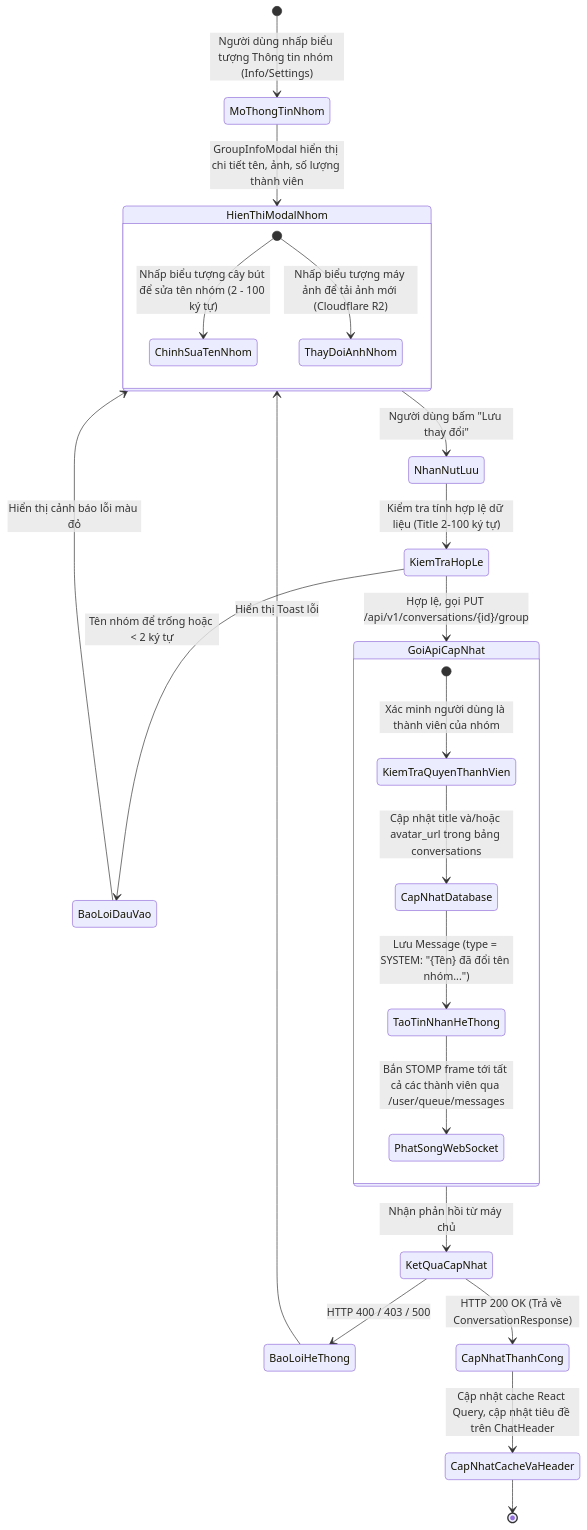
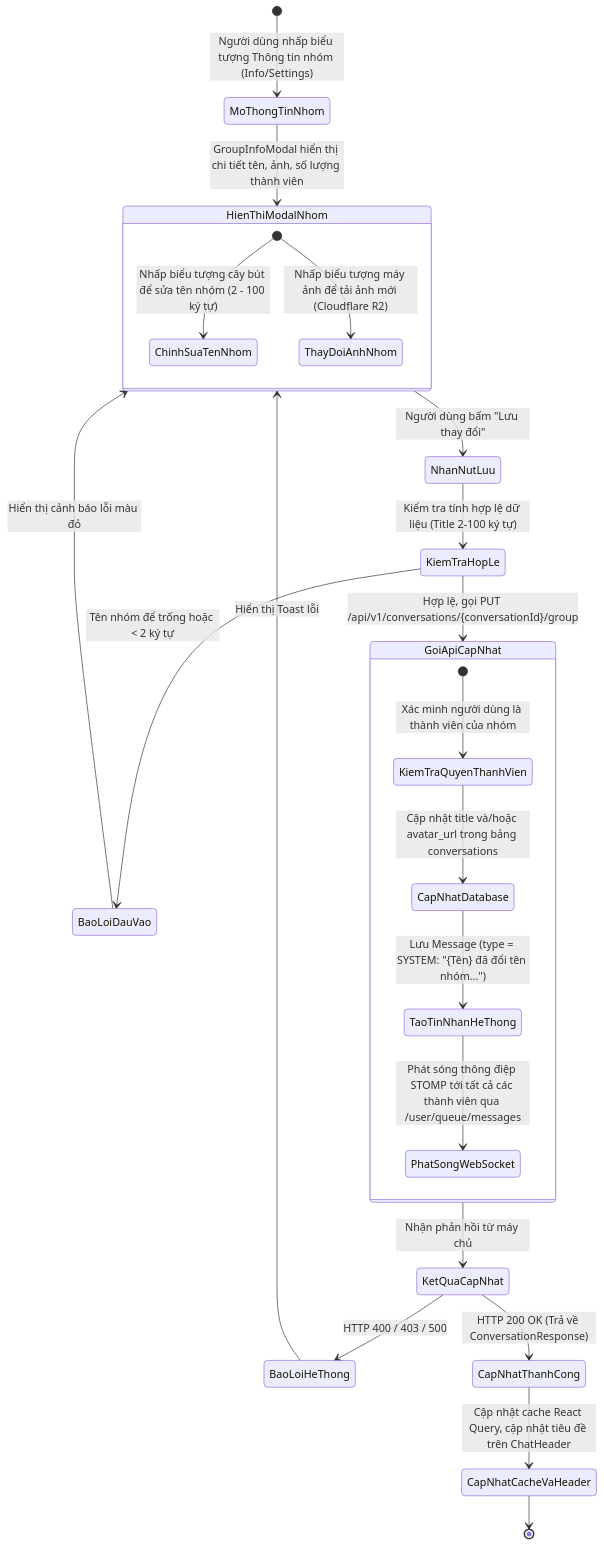
The first of 3 diagrams in docs/update_SRS/SRS_UC_37_UpdateGroupProfile.md (Alumnect/Alumnect), drawn with Mermaid before and after one commit. The commit also changed other lines of this file and 83 other files, not shown here.

````diff
--- a/docs/update_SRS/SRS_UC_37_UpdateGroupProfile.md
+++ b/docs/update_SRS/SRS_UC_37_UpdateGroupProfile.md
@@ -7,37 +7,37 @@
 ```mermaid
 stateDiagram-v2
     [*] --> MoThongTinNhom: Người dùng nhấp biểu tượng Thông tin nhóm (Info/Settings)
     MoThongTinNhom --> HienThiModalNhom: GroupInfoModal hiển thị chi tiết tên, ảnh, số lượng thành viên
     
     state HienThiModalNhom {
         [*] --> ChinhSuaTenNhom: Nhấp biểu tượng cây bút để sửa tên nhóm (2 - 100 ký tự)
         [*] --> ThayDoiAnhNhom: Nhấp biểu tượng máy ảnh để tải ảnh mới (Cloudflare R2)
     }
     
     HienThiModalNhom --> NhanNutLuu: Người dùng bấm "Lưu thay đổi"
     
     state NhanNutLuu <<choice>>
     NhanNutLuu --> KiemTraHopLe: Kiểm tra tính hợp lệ dữ liệu (Title 2-100 ký tự)
     
     KiemTraHopLe --> BaoLoiDauVao: Tên nhóm để trống hoặc < 2 ký tự
     BaoLoiDauVao --> HienThiModalNhom: Hiển thị cảnh báo lỗi màu đỏ
     
-    KiemTraHopLe --> GoiApiCapNhat: Hợp lệ, gọi PUT /api/v1/conversations/{id}/group
+    KiemTraHopLe --> GoiApiCapNhat: Hợp lệ, gọi PUT /api/v1/conversations/{conversationId}/group
     
     state GoiApiCapNhat {
         [*] --> KiemTraQuyenThanhVien: Xác minh người dùng là thành viên của nhóm
         KiemTraQuyenThanhVien --> CapNhatDatabase: Cập nhật title và/hoặc avatar_url trong bảng conversations
         CapNhatDatabase --> TaoTinNhanHeThong: Lưu Message (type = SYSTEM: "{Tên} đã đổi tên nhóm...")
-        TaoTinNhanHeThong --> PhatSongWebSocket: Bắn STOMP frame tới tất cả các thành viên qua /user/queue/messages
+        TaoTinNhanHeThong --> PhatSongWebSocket: Phát sóng thông điệp STOMP tới tất cả các thành viên qua /user/queue/messages
     }
     
     GoiApiCapNhat --> KetQuaCapNhat: Nhận phản hồi từ máy chủ
     
     state KetQuaCapNhat <<choice>>
     KetQuaCapNhat --> BaoLoiHeThong: HTTP 400 / 403 / 500
     BaoLoiHeThong --> HienThiModalNhom: Hiển thị Toast lỗi
     
     KetQuaCapNhat --> CapNhatThanhCong: HTTP 200 OK (Trả về ConversationResponse)
     CapNhatThanhCong --> CapNhatCacheVaHeader: Cập nhật cache React Query, cập nhật tiêu đề trên ChatHeader
     CapNhatCacheVaHeader --> [*]
 ```
````
